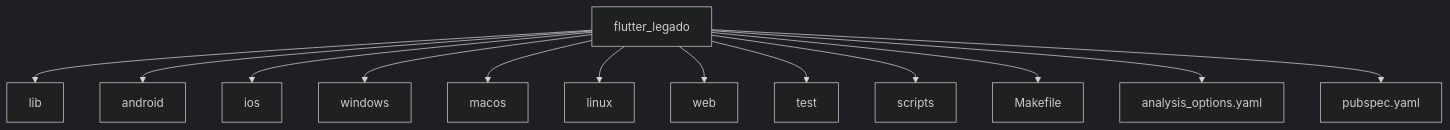
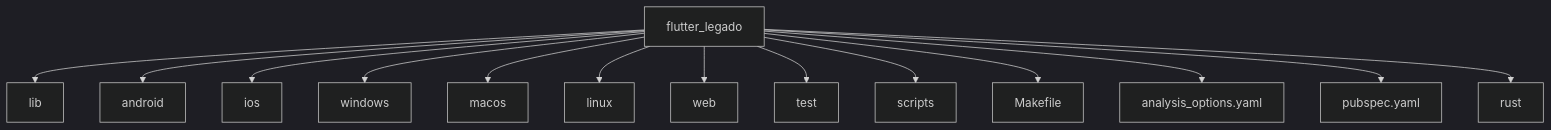
Before and after one commit to ZhangGHGitHub/LegadoTeamFlutter: the first of 4 diagrams in .qoder/repowiki/zh/content/Flutter跨平台应用/项目结构和组织.md, drawn with Mermaid (dark theme). The commit also changed other lines of this file and 66 other files, not shown here.

````diff
--- a/.qoder/repowiki/zh/content/Flutter跨平台应用/项目结构和组织.md
+++ b/.qoder/repowiki/zh/content/Flutter跨平台应用/项目结构和组织.md
@@ -48,15 +56,16 @@
 ```mermaid
 graph TB
 A["flutter_legado"] --> B["lib"]
 A --> C["android"]
 A --> D["ios"]
 A --> E["windows"]
 A --> F["macos"]
 A --> G["linux"]
 A --> H["web"]
 A --> I["test"]
 A --> J["scripts"]
 A --> K["Makefile"]
 A --> L["analysis_options.yaml"]
 A --> M["pubspec.yaml"]
+A --> N["rust"]
 ```
````
